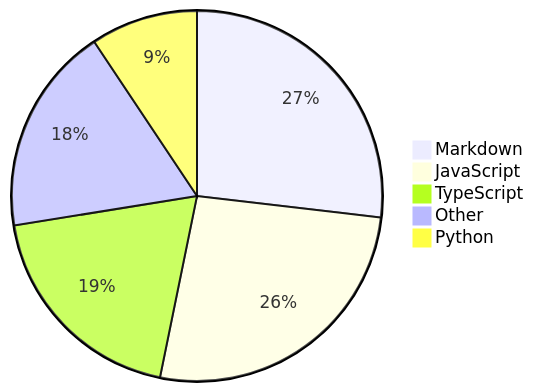
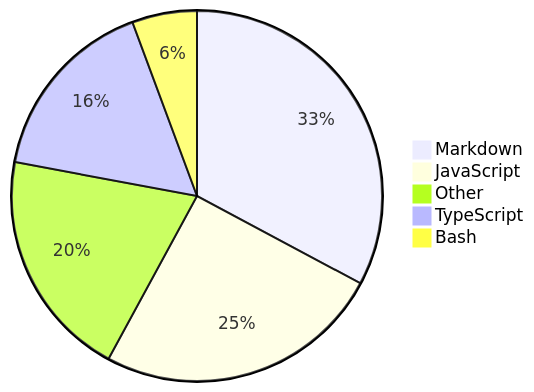
One commit to Alicia111/alicia111 changed the diagram in README.md. Above: the diagram before and after it, drawn with Mermaid.

Commit message:
Update WakaTime stats (・ω・)b

````diff
--- a/README.md
+++ b/README.md
@@ -32,8 +32,8 @@
 ```mermaid
 pie
-    "Markdown" : 21.96
-    "JavaScript" : 21.54
-    "TypeScript" : 15.74
-    "Other" : 14.87
-    "Python" : 7.65
+    "Markdown" : 27.13
+    "JavaScript" : 20.76
+    "Other" : 16.55
+    "TypeScript" : 13.56
+    "Bash" : 4.68
 ```
````
